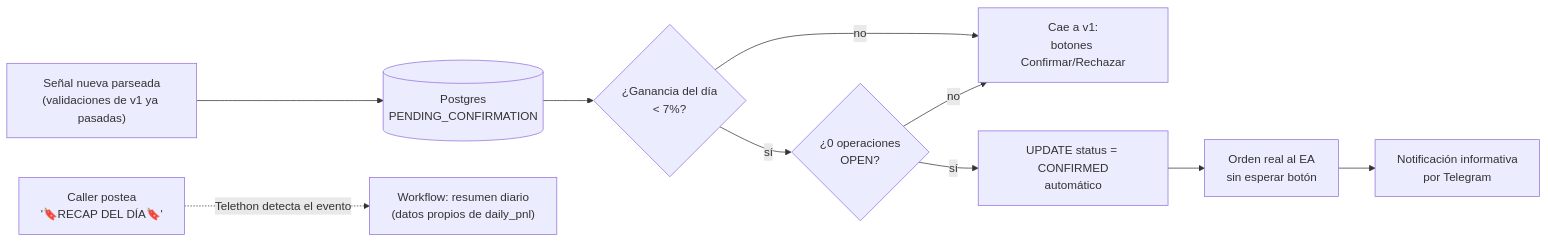
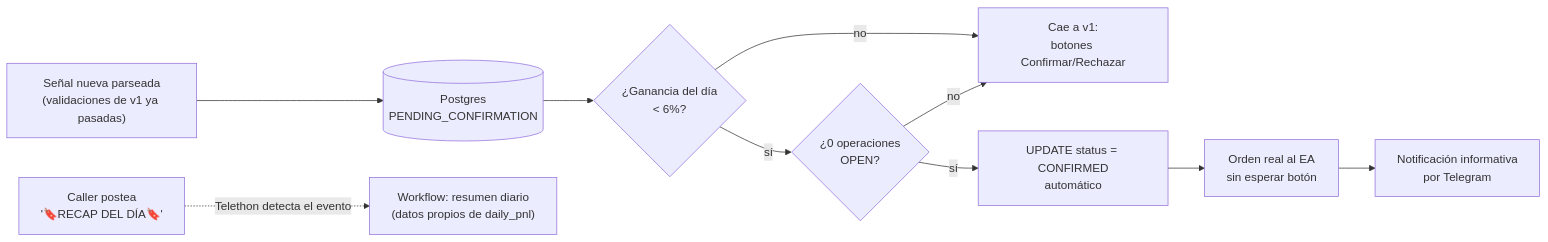
One commit to alejandro-xoxo/Kronos_Bot changed the diagram in docs/versions/v2.md. Above: the diagram before and after it, drawn with Mermaid. The commit also changed other lines of this file and 2 other files, not shown here.

First line of the commit message:
fix: circuit breaker de Fase 2 vuelve a 6% (decisión del usuario)

````diff
--- a/docs/versions/v2.md
+++ b/docs/versions/v2.md
@@ -46,12 +46,12 @@
 ```mermaid
 flowchart LR
     SIG["Señal nueva parseada<br/>(validaciones de v1 ya pasadas)"] --> INS[(Postgres<br/>PENDING_CONFIRMATION)]
-    INS --> GAN{"¿Ganancia del día<br/>&lt; 7%?"}
+    INS --> GAN{"¿Ganancia del día<br/>&lt; 6%?"}
     GAN -->|no| MANUAL["Cae a v1:<br/>botones Confirmar/Rechazar"]
     GAN -->|sí| OPEN{"¿0 operaciones<br/>OPEN?"}
     OPEN -->|no| MANUAL
     OPEN -->|sí| AUTO["UPDATE status = CONFIRMED<br/>automático"]
     AUTO --> EA["Orden real al EA<br/>sin esperar botón"]
     EA --> TG["Notificación informativa<br/>por Telegram"]
     RECAP["Caller postea<br/>'🔖RECAP DEL DÍA🔖'"] -.->|Telethon detecta el evento| RESUMEN["Workflow: resumen diario<br/>(datos propios de daily_pnl)"]
 ```
````
